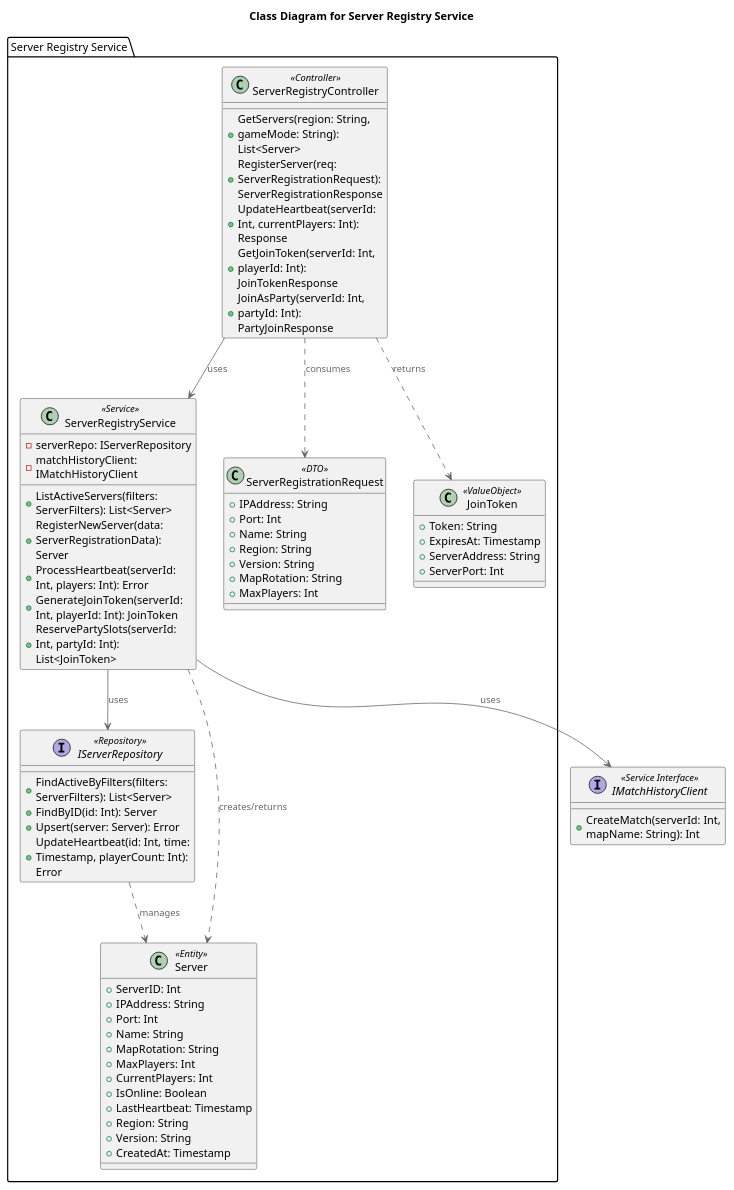
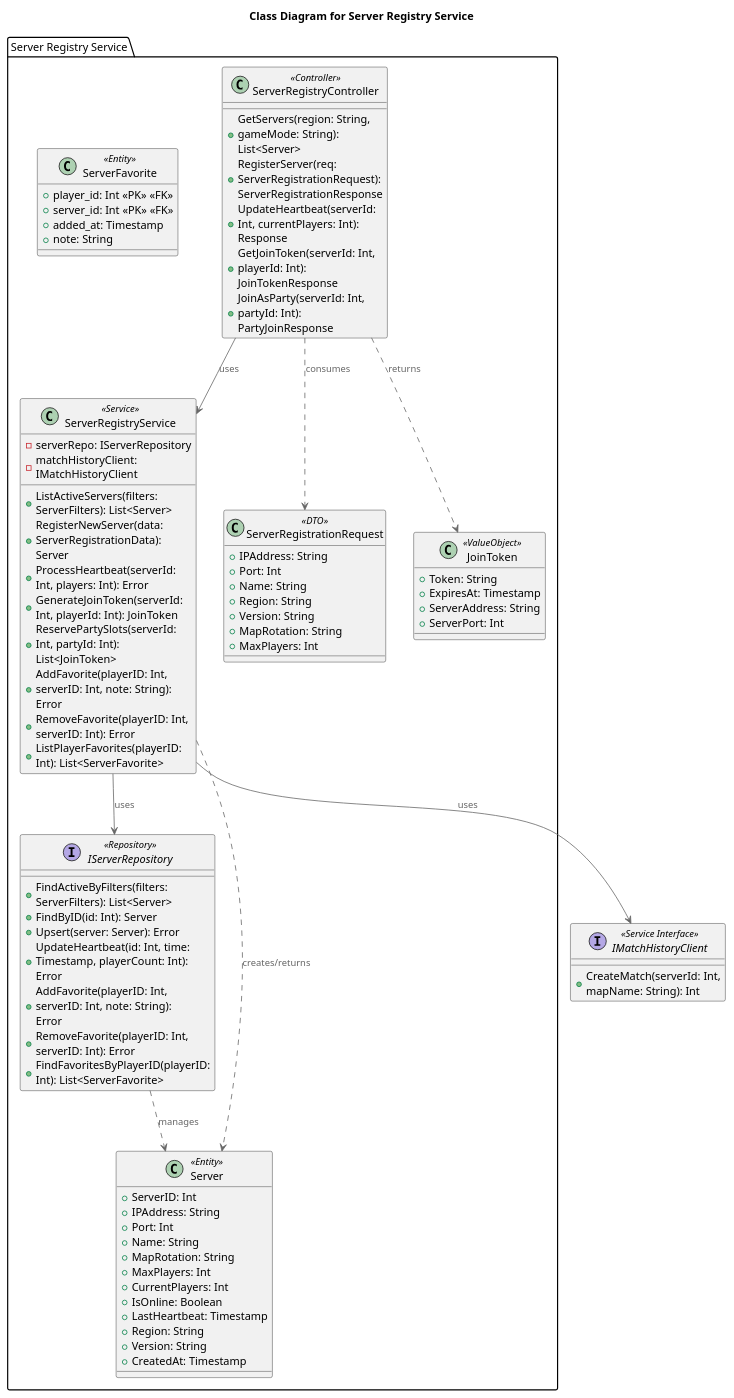
The diagram in docs/c4/containers/backend-api-components/server-registry-service.puml (rodd-oss/ai-zombie-defense), drawn with PlantUML before and after one commit. The commit also changed 7 other files, not shown here.

```diff
--- a/docs/c4/containers/backend-api-components/server-registry-service.puml
+++ b/docs/c4/containers/backend-api-components/server-registry-service.puml
@@ -1,79 +1,92 @@
 @startuml
 !include https://raw.githubusercontent.com/plantuml-stdlib/C4-PlantUML/master/C4_Component.puml
 
 title Class Diagram for Server Registry Service
 
 package "Server Registry Service" {
     class ServerRegistryController <<Controller>> {
         + GetServers(region: String, gameMode: String): List<Server>
         + RegisterServer(req: ServerRegistrationRequest): ServerRegistrationResponse
         + UpdateHeartbeat(serverId: Int, currentPlayers: Int): Response
         + GetJoinToken(serverId: Int, playerId: Int): JoinTokenResponse
         + JoinAsParty(serverId: Int, partyId: Int): PartyJoinResponse
     }
 
     class ServerRegistryService <<Service>> {
         - serverRepo: IServerRepository
         - matchHistoryClient: IMatchHistoryClient
         + ListActiveServers(filters: ServerFilters): List<Server>
         + RegisterNewServer(data: ServerRegistrationData): Server
         + ProcessHeartbeat(serverId: Int, players: Int): Error
         + GenerateJoinToken(serverId: Int, playerId: Int): JoinToken
         + ReservePartySlots(serverId: Int, partyId: Int): List<JoinToken>
+        + AddFavorite(playerID: Int, serverID: Int, note: String): Error
+        + RemoveFavorite(playerID: Int, serverID: Int): Error
+        + ListPlayerFavorites(playerID: Int): List<ServerFavorite>
     }
 
     interface IServerRepository <<Repository>> {
         + FindActiveByFilters(filters: ServerFilters): List<Server>
         + FindByID(id: Int): Server
         + Upsert(server: Server): Error
         + UpdateHeartbeat(id: Int, time: Timestamp, playerCount: Int): Error
+        + AddFavorite(playerID: Int, serverID: Int, note: String): Error
+        + RemoveFavorite(playerID: Int, serverID: Int): Error
+        + FindFavoritesByPlayerID(playerID: Int): List<ServerFavorite>
     }
 
     class Server <<Entity>> {
         + ServerID: Int
         + IPAddress: String
         + Port: Int
         + Name: String
         + MapRotation: String
         + MaxPlayers: Int
         + CurrentPlayers: Int
         + IsOnline: Boolean
         + LastHeartbeat: Timestamp
         + Region: String
         + Version: String
         + CreatedAt: Timestamp
     }
 
     class ServerRegistrationRequest <<DTO>> {
         + IPAddress: String
         + Port: Int
         + Name: String
         + Region: String
         + Version: String
         + MapRotation: String
         + MaxPlayers: Int
     }
 
     class JoinToken <<ValueObject>> {
         + Token: String
         + ExpiresAt: Timestamp
         + ServerAddress: String
         + ServerPort: Int
     }
+
+    class ServerFavorite <<Entity>> {
+        + player_id: Int <<PK>> <<FK>>
+        + server_id: Int <<PK>> <<FK>>
+        + added_at: Timestamp
+        + note: String
+    }
 }
 
 ' External dependencies
 interface IMatchHistoryClient <<Service Interface>> {
     + CreateMatch(serverId: Int, mapName: String): Int
 }
 
 ' Relationships
 ServerRegistryController --> ServerRegistryService : uses
 ServerRegistryService --> IServerRepository : uses
 ServerRegistryService --> IMatchHistoryClient : uses
 IServerRepository ..> Server : manages
 ServerRegistryService ..> Server : creates/returns
 ServerRegistryController ..> ServerRegistrationRequest : consumes
 ServerRegistryController ..> JoinToken : returns
 
 @enduml
```
